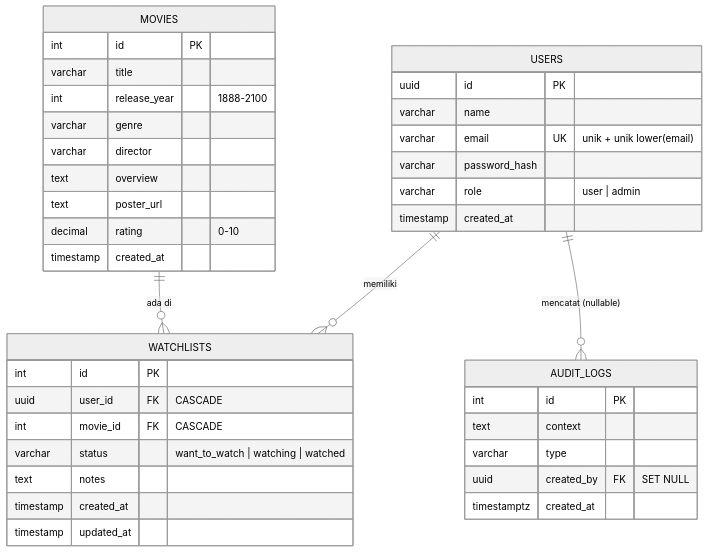
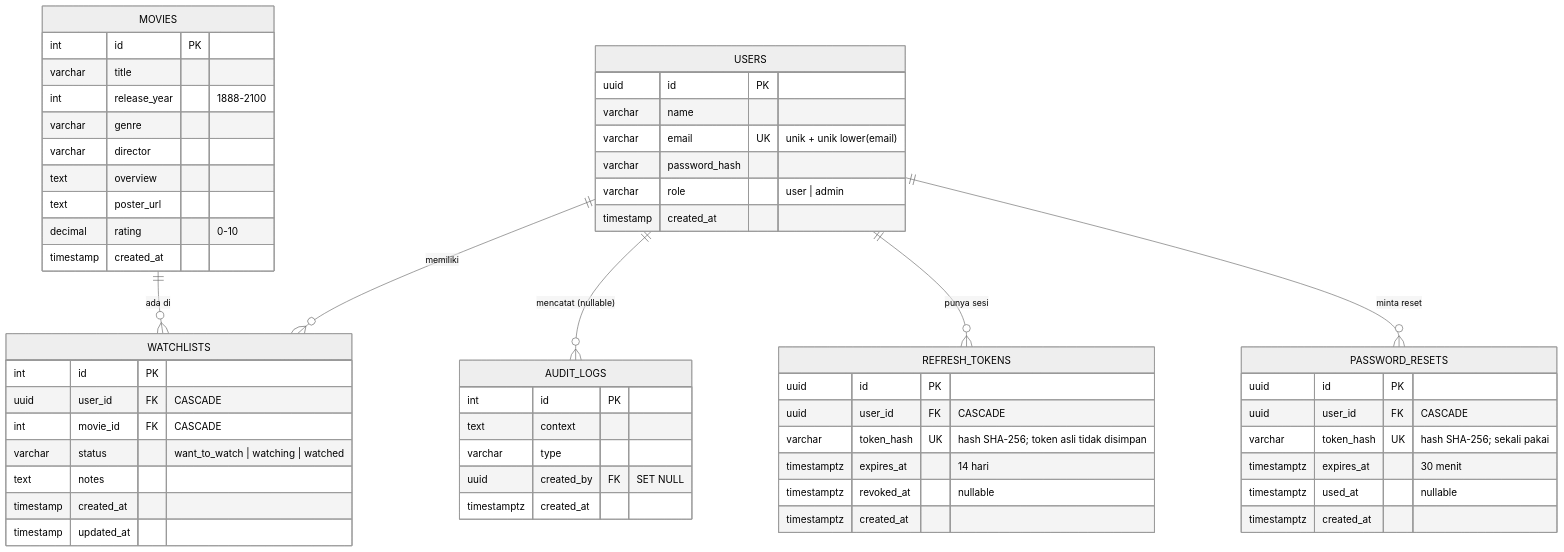
The diagram in docs/erd.md (zahirali75/Watchlist_project), drawn with Mermaid (neutral theme) before and after one commit. The commit also changed other lines of this file and 38 other files, not shown here.

First line of the commit message:
feat(backend): sesi berotasi, reset password, dan profil sendiri

````diff
--- a/docs/erd.md
+++ b/docs/erd.md
@@ -3,42 +3,60 @@
 ```mermaid
 erDiagram
     USERS ||--o{ WATCHLISTS : "memiliki"
     MOVIES ||--o{ WATCHLISTS : "ada di"
     USERS ||--o{ AUDIT_LOGS : "mencatat (nullable)"
+    USERS ||--o{ REFRESH_TOKENS : "punya sesi"
+    USERS ||--o{ PASSWORD_RESETS : "minta reset"
 
     USERS {
         uuid id PK
         varchar name
         varchar email UK "unik + unik lower(email)"
         varchar password_hash
         varchar role "user | admin"
         timestamp created_at
     }
     MOVIES {
         int id PK
         varchar title
         int release_year "1888-2100"
         varchar genre
         varchar director
         text overview
         text poster_url
         decimal rating "0-10"
         timestamp created_at
     }
     WATCHLISTS {
         int id PK
         uuid user_id FK "CASCADE"
         int movie_id FK "CASCADE"
         varchar status "want_to_watch | watching | watched"
         text notes
         timestamp created_at
         timestamp updated_at
     }
     AUDIT_LOGS {
         int id PK
         text context
         varchar type
         uuid created_by FK "SET NULL"
         timestamptz created_at
     }
+    REFRESH_TOKENS {
+        uuid id PK
+        uuid user_id FK "CASCADE"
+        varchar token_hash UK "hash SHA-256; token asli tidak disimpan"
+        timestamptz expires_at "14 hari"
+        timestamptz revoked_at "nullable"
+        timestamptz created_at
+    }
+    PASSWORD_RESETS {
+        uuid id PK
+        uuid user_id FK "CASCADE"
+        varchar token_hash UK "hash SHA-256; sekali pakai"
+        timestamptz expires_at "30 menit"
+        timestamptz used_at "nullable"
+        timestamptz created_at
+    }
 ```
````
